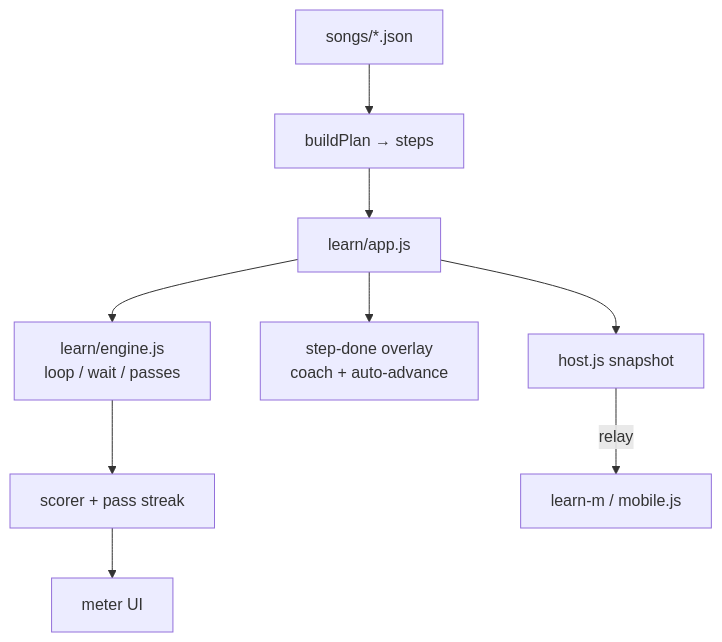
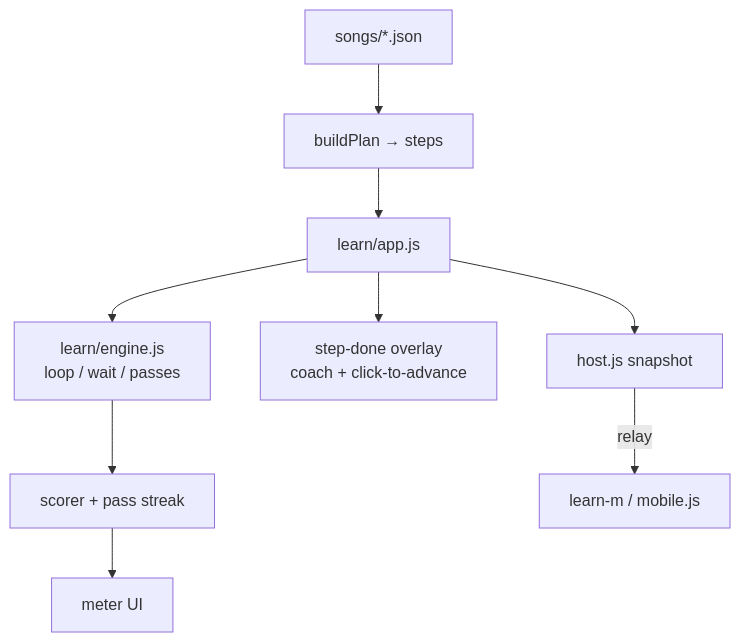
One commit to peak-luli/midiman changed the second of 4 diagrams in docs/midiman/architecture.md. Above: the diagram before and after it, drawn with Mermaid. The commit also changed 9 other files, not shown here.

````diff
--- a/docs/midiman/architecture.md
+++ b/docs/midiman/architecture.md
@@ -37,11 +37,11 @@
 ```mermaid
 flowchart TD
   song[songs/*.json] --> plan[buildPlan → steps]
   plan --> app[learn/app.js]
   app --> engine[learn/engine.js\nloop / wait / passes]
   engine --> scorer[scorer + pass streak]
   scorer --> meter[meter UI]
-  app --> overlay[step-done overlay\ncoach + auto-advance]
+  app --> overlay[step-done overlay\ncoach + click-to-advance]
   app --> host[host.js snapshot]
   host -->|relay| mobile[learn-m / mobile.js]
 ```
````
